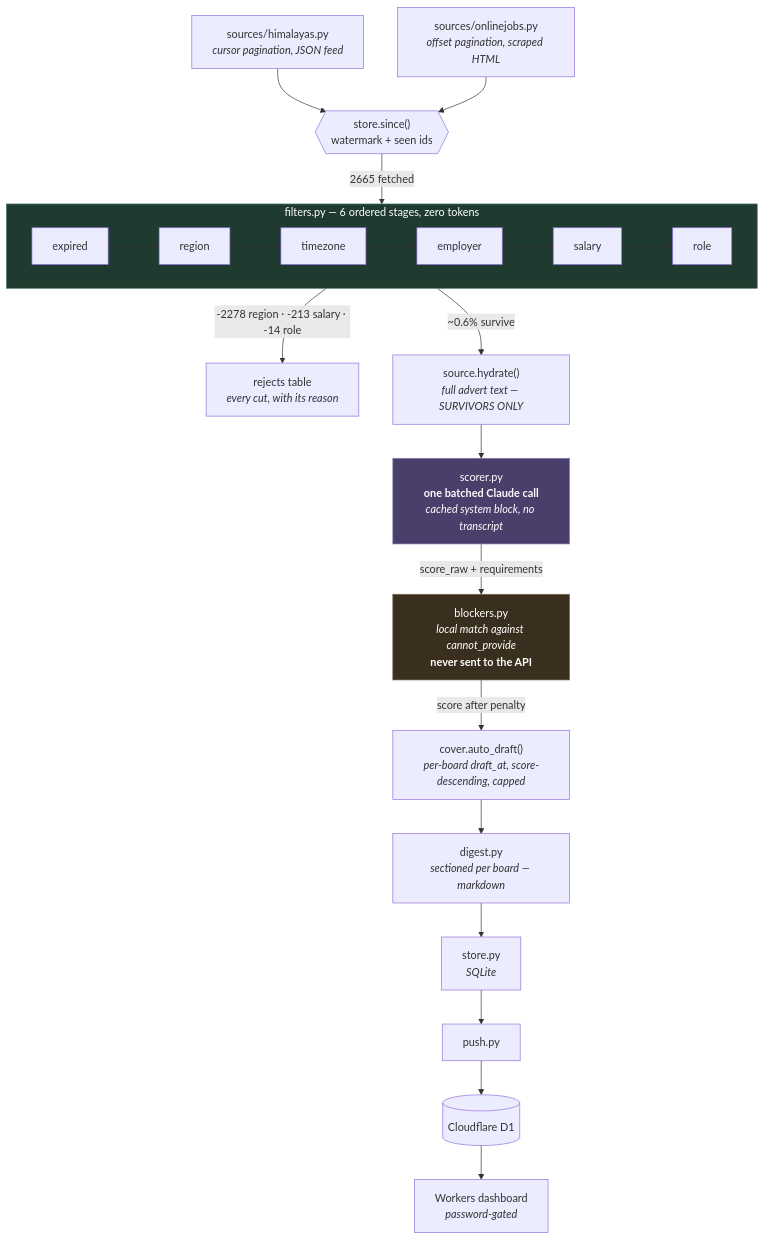
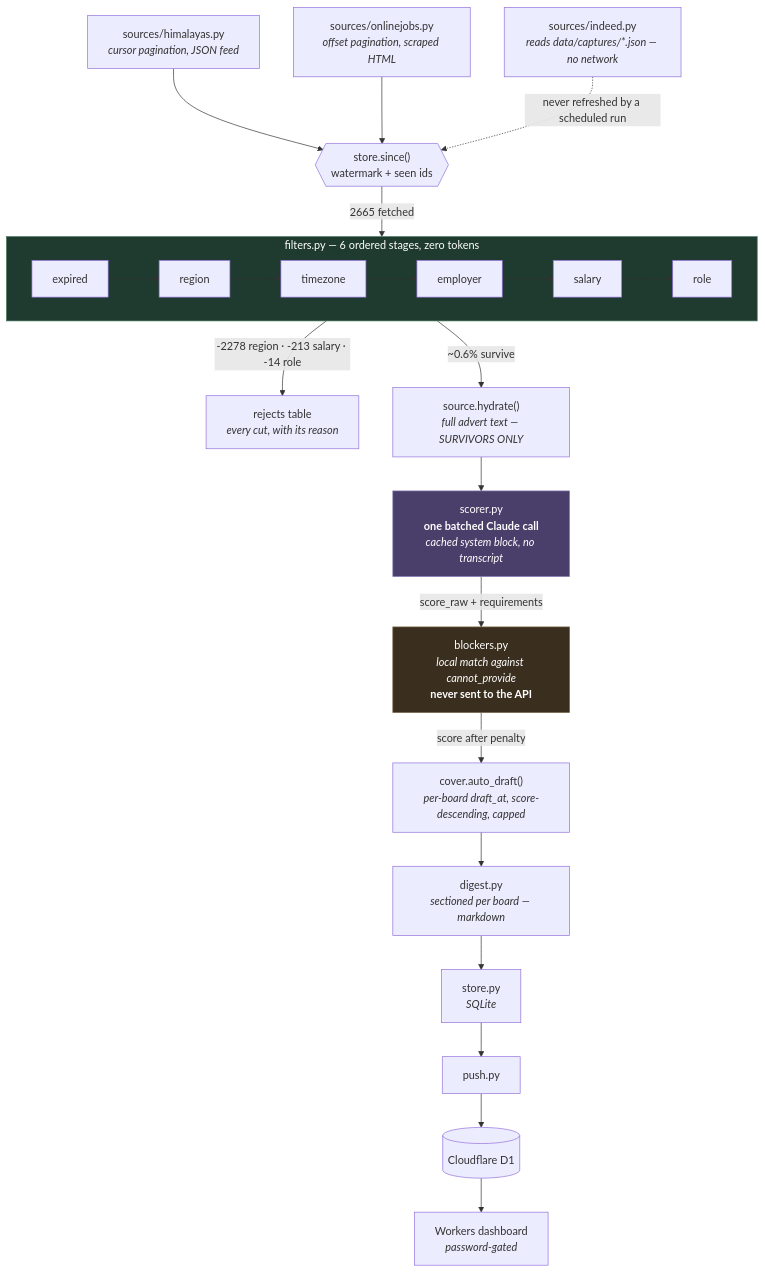
The diagram in README.md (kageballs/joblist-engine), drawn with Mermaid before and after one commit. The commit also changed other lines of this file and 2 other files, not shown here.

````diff
--- a/README.md
+++ b/README.md
@@ -36,40 +36,42 @@
 ```mermaid
 flowchart TD
     H["sources/himalayas.py<br/><i>cursor pagination, JSON feed</i>"]
     O["sources/onlinejobs.py<br/><i>offset pagination, scraped HTML</i>"]
+    I["sources/indeed.py<br/><i>reads data/captures/*.json — no network</i>"]
     W{{"store.since()<br/>watermark + seen ids"}}
 
     H --> W
     O --> W
+    I -.->|"never refreshed by a scheduled run"| W
     W -->|"2665 fetched"| F
 
     subgraph F["filters.py — 6 ordered stages, zero tokens"]
         direction LR
         S1["expired"] --> S2["region"] --> S3["timezone"] --> S4["employer"] --> S5["salary"] --> S6["role"]
     end
 
     F -->|"-2278 region · -213 salary · -14 role"| R["rejects table<br/><i>every cut, with its reason</i>"]
     F -->|"~0.6% survive"| HY
 
     HY["source.hydrate()<br/><i>full advert text — SURVIVORS ONLY</i>"]
     HY --> SC
 
     SC["scorer.py<br/><b>one batched Claude call</b><br/><i>cached system block, no transcript</i>"]
     SC -->|"score_raw + requirements"| BL
 
     BL["blockers.py<br/><i>local match against cannot_provide</i><br/><b>never sent to the API</b>"]
     BL -->|"score after penalty"| COV
 
     COV["cover.auto_draft()<br/><i>per-board draft_at, score-descending, capped</i>"]
     COV --> D
 
     D["digest.py<br/><i>sectioned per board — markdown</i>"]
     D --> ST["store.py<br/><i>SQLite</i>"]
     ST --> PU["push.py"]
     PU --> D1[("Cloudflare D1")]
     D1 --> WK["Workers dashboard<br/><i>password-gated</i>"]
 
     style SC fill:#4a3f6b,stroke:#8b7fb8,color:#fff
     style F fill:#1f3a2e,stroke:#4a7a63,color:#fff
     style BL fill:#3a2f1f,stroke:#7a6a4a,color:#fff
 ```
````
